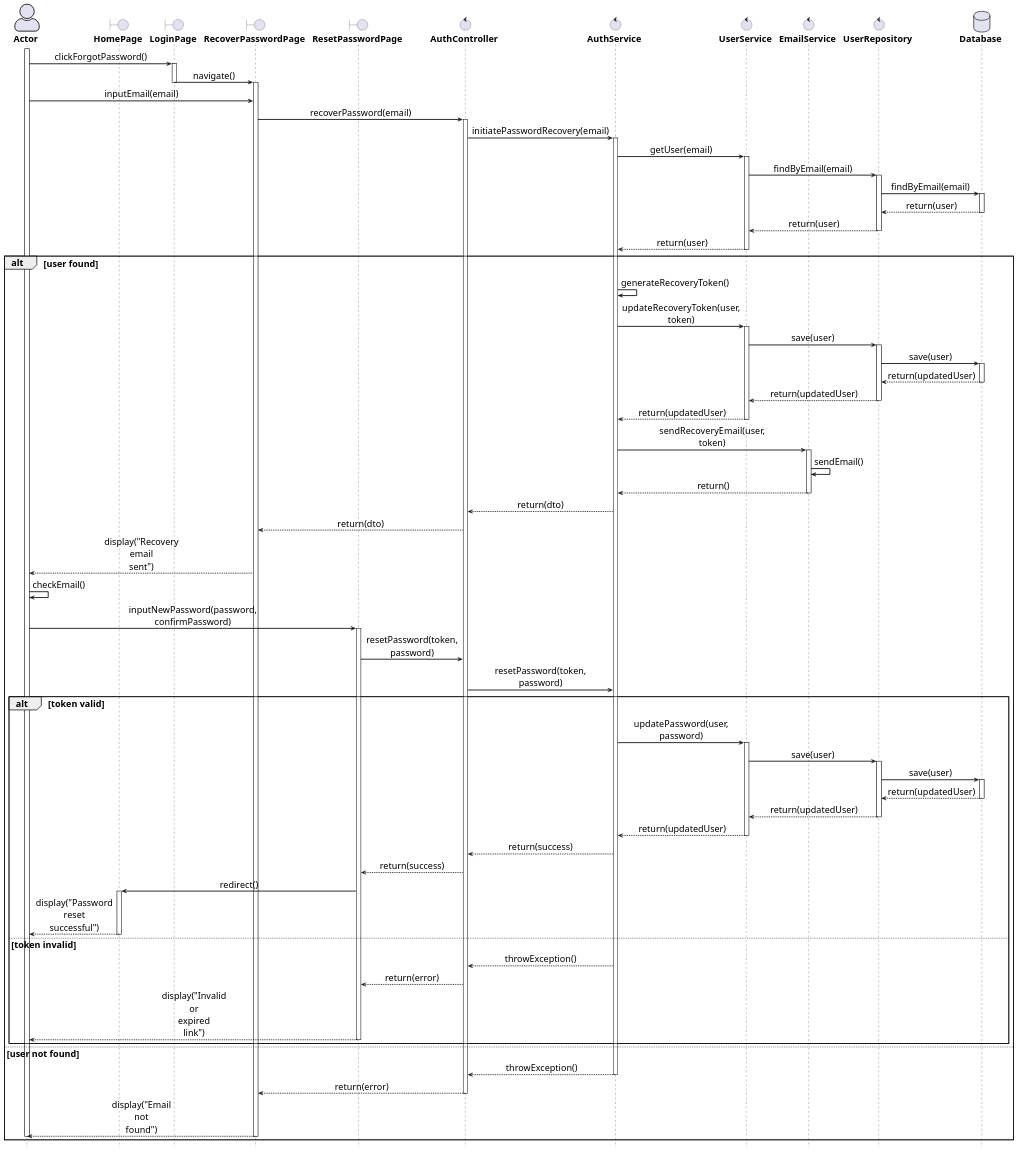
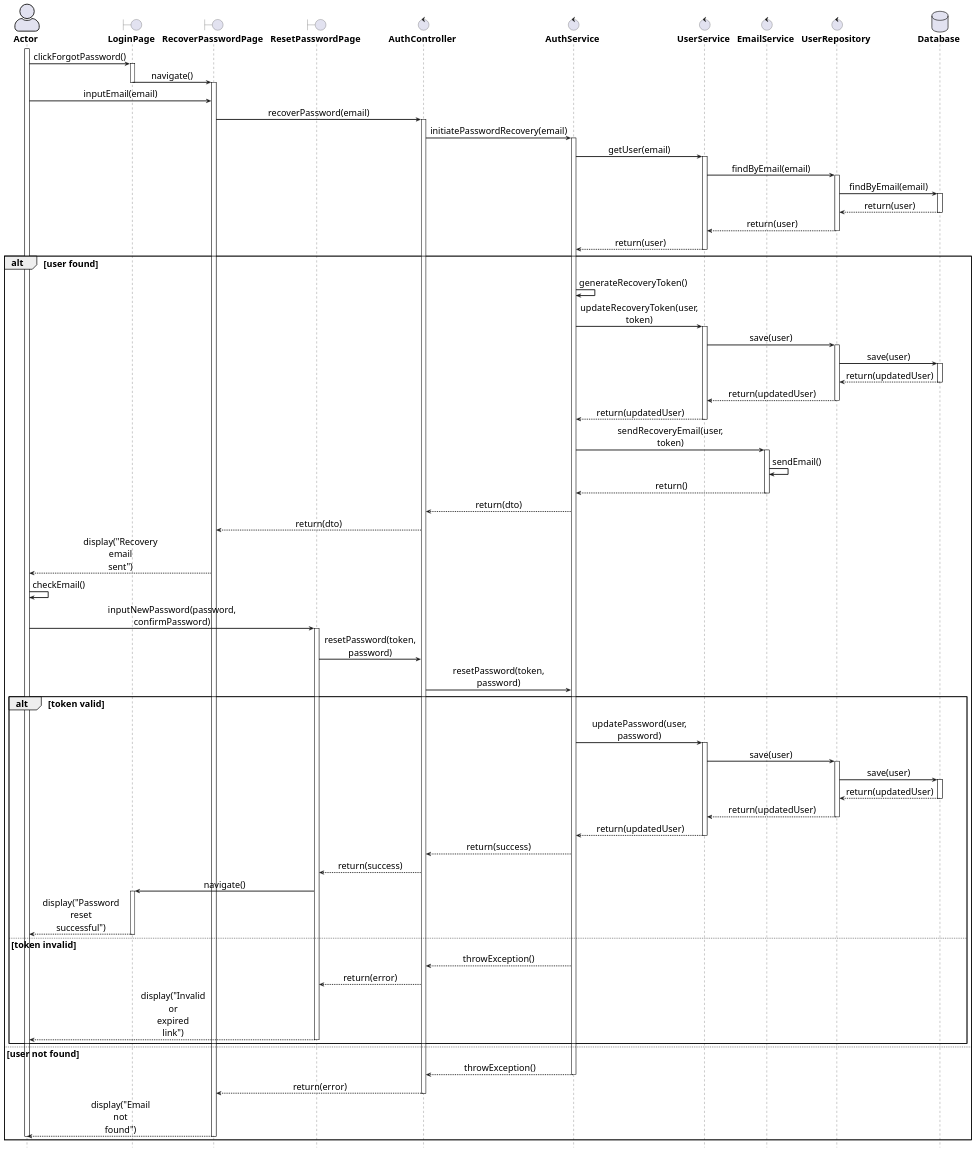
The diagram in docs/sequence-diagram/recover-password.pu (phuquy-28/clothing-store-spring), drawn with PlantUML before and after one commit. The commit also changed 27 other files, not shown here.

Commit message:
add fields product response; refactor sequence

```diff
--- a/docs/sequence-diagram/recover-password.pu
+++ b/docs/sequence-diagram/recover-password.pu
@@ -1,141 +1,140 @@
 @startuml
 
 ' General configuration
 skinparam defaultFontSize 20
 skinparam maxMessageSize 60
 skinparam sequenceMessageAlign center
 
 ' Actor style configuration
 skinparam actorStyle awesome
 
 ' Arrow and border thickness configuration
 skinparam {
     ArrowThickness 2
     ParticipantBorderThickness 2
     ActorBorderThickness 2
     LifeLineBorderThickness 2
     ActivationBorderThickness 2
 }
 
 ' Life line color configuration
 skinparam LifeLineBorderColor black
 
 ' Font style configuration for components
 skinparam {
     actorFontStyle bold
     boundaryFontStyle bold
     controlFontStyle bold
     entityFontStyle bold
     databaseFontStyle bold
 }
 
 ' Define components
 actor "Actor" as actor
-boundary "HomePage" as homePage
 boundary "LoginPage" as loginPage
 boundary "RecoverPasswordPage" as recoverPage
 boundary "ResetPasswordPage" as resetPage
 control "AuthController" as controller
 control "AuthService" as service
 control "UserService" as userService
 control "EmailService" as emailService
 control "UserRepository" as repo
 database "Database" as db
 
 ' Start processing flow
 activate actor
 actor -> loginPage: clickForgotPassword()
 activate loginPage
 
 loginPage -> recoverPage: navigate()
 deactivate loginPage
 activate recoverPage
 
 actor -> recoverPage: inputEmail(email)
 recoverPage -> controller: recoverPassword(email)
 activate controller
 
 controller -> service: initiatePasswordRecovery(email)
 activate service
 
 service -> userService: getUser(email)
 activate userService
 userService -> repo: findByEmail(email)
 activate repo
 repo -> db: findByEmail(email)
 activate db
 db --> repo: return(user)
 deactivate db
 repo --> userService: return(user)
 deactivate repo
 userService --> service: return(user)
 deactivate userService
 
 alt user found
     service -> service: generateRecoveryToken()
     service -> userService: updateRecoveryToken(user, token)
     activate userService
     userService -> repo: save(user)
     activate repo
     repo -> db: save(user)
     activate db
     db --> repo: return(updatedUser)
     deactivate db
     repo --> userService: return(updatedUser)
     deactivate repo
     userService --> service: return(updatedUser)
     deactivate userService
     
     service -> emailService: sendRecoveryEmail(user, token)
     activate emailService
     emailService -> emailService: sendEmail()
     emailService --> service: return()
     deactivate emailService
     
     service --> controller: return(dto)
     controller --> recoverPage: return(dto)
     recoverPage --> actor: display("Recovery email sent")
     
     actor -> actor: checkEmail()
 
     actor -> resetPage: inputNewPassword(password, confirmPassword)
     activate resetPage
     resetPage -> controller: resetPassword(token, password)
     controller -> service: resetPassword(token, password)
     alt token valid
         service -> userService: updatePassword(user, password)
         activate userService
         userService -> repo: save(user)
         activate repo
         repo -> db: save(user)
         activate db
         db --> repo: return(updatedUser)
         deactivate db
         repo --> userService: return(updatedUser)
         deactivate repo
         userService --> service: return(updatedUser)
         deactivate userService
         service --> controller: return(success)
         controller --> resetPage: return(success)
-        resetPage -> homePage: redirect()
-        activate homePage
-        homePage --> actor: display("Password reset successful")
-        deactivate homePage
+        resetPage -> loginPage: navigate()
+        activate loginPage
+        loginPage --> actor: display("Password reset successful")
+        deactivate loginPage
     else token invalid
         service --> controller: throwException()
         controller --> resetPage: return(error)
         resetPage --> actor: display("Invalid or expired link")
         deactivate resetPage
     end
 else user not found
     service --> controller: throwException()
     deactivate service
     controller --> recoverPage: return(error)
     deactivate controller
     recoverPage --> actor: display("Email not found")
     deactivate recoverPage
     deactivate actor
 end
 
 hide footbox
 @enduml
```
